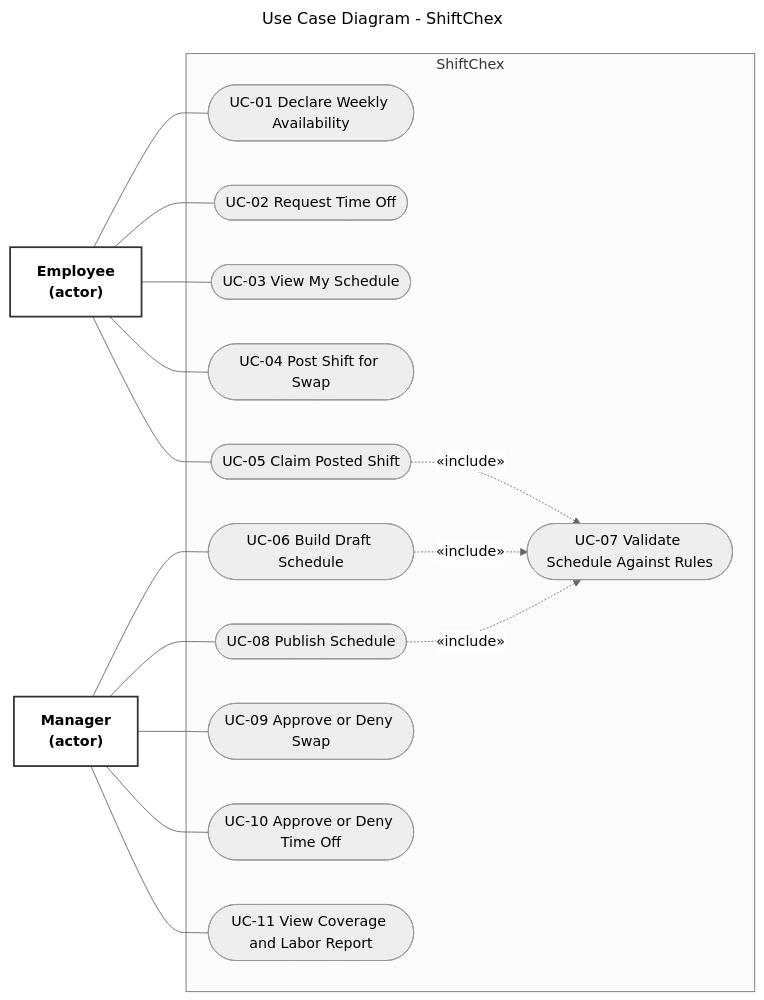
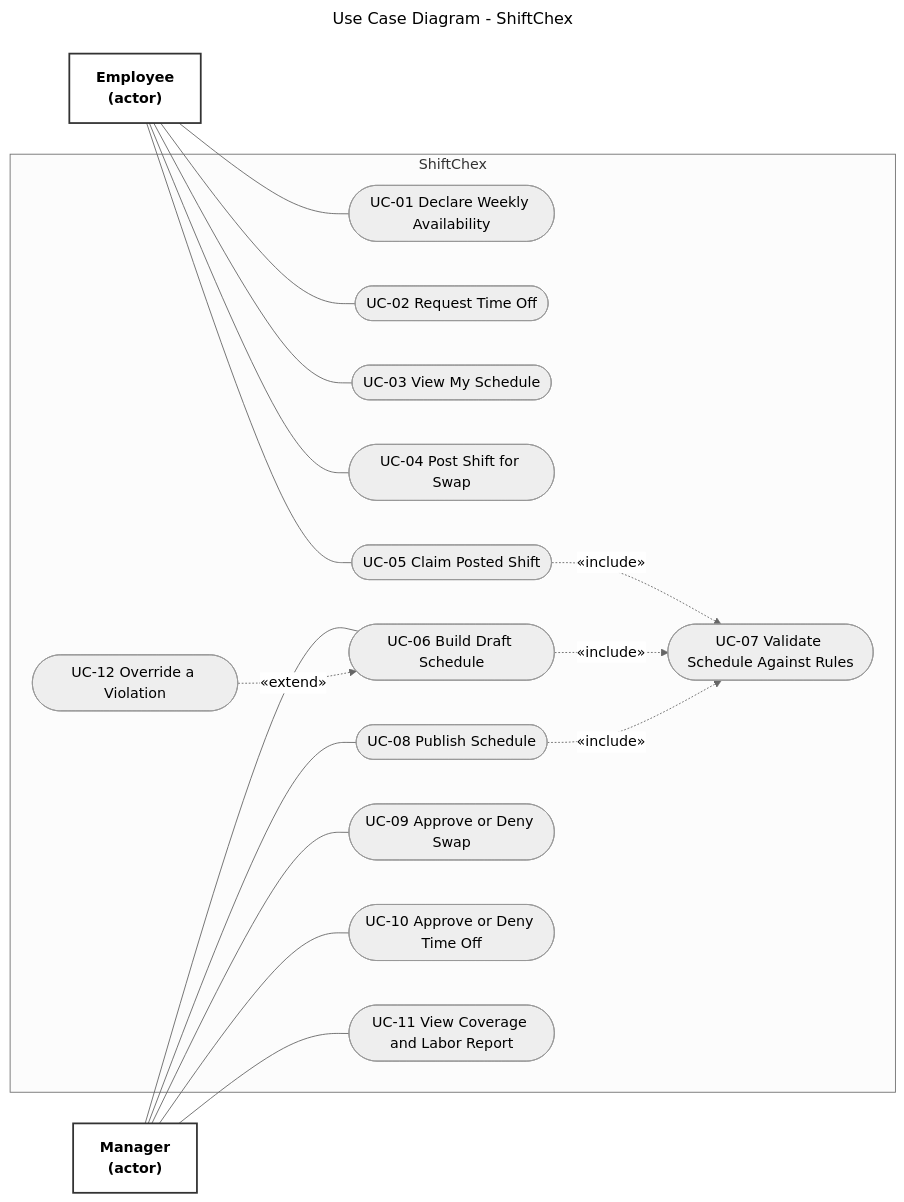
The diagram in diagrams/usecase.mmd (perfettiful/ShiftChex), drawn with Mermaid (neutral theme) before and after one commit. The commit also changed 43 other files, not shown here.

```diff
--- a/diagrams/usecase.mmd
+++ b/diagrams/usecase.mmd
@@ -1,33 +1,35 @@
 ---
 title: Use Case Diagram - ShiftChex
 ---
-%% Mermaid has no UML use case diagram type. This is the usual workaround:
-%% stadium shapes for use cases, a subgraph for the system boundary,
-%% and dashed arrows for the include relationships. Both actors sit on the
-%% left so the three include arrows can all flow the same direction.
+%% mermaid doesn't do use case diagrams either, so we fake it. rounded
+%% shapes are the use cases, the subgraph is the system boundary and the
+%% dashed arrows are includes. both actors are on the left so the include
+%% arrows all point the same way
 flowchart LR
     Employee["Employee<br/>(actor)"]:::actor
     Manager["Manager<br/>(actor)"]:::actor
 
     subgraph ShiftChex
         UC01(["UC-01 Declare Weekly Availability"])
         UC02(["UC-02 Request Time Off"])
         UC03(["UC-03 View My Schedule"])
         UC04(["UC-04 Post Shift for Swap"])
         UC05(["UC-05 Claim Posted Shift"])
         UC06(["UC-06 Build Draft Schedule"])
         UC08(["UC-08 Publish Schedule"])
         UC09(["UC-09 Approve or Deny Swap"])
         UC10(["UC-10 Approve or Deny Time Off"])
         UC11(["UC-11 View Coverage and Labor Report"])
         UC07(["UC-07 Validate Schedule Against Rules"])
+        UC12(["UC-12 Override a Violation"])
     end
 
     Employee --- UC01 & UC02 & UC03 & UC04 & UC05
     Manager --- UC06 & UC08 & UC09 & UC10 & UC11
 
     UC05 -. «include» .-> UC07
     UC06 -. «include» .-> UC07
+    UC12 -. «extend» .-> UC06
     UC08 -. «include» .-> UC07
 
     classDef actor fill:#ffffff,stroke:#333333,stroke-width:2px,font-weight:bold
```
